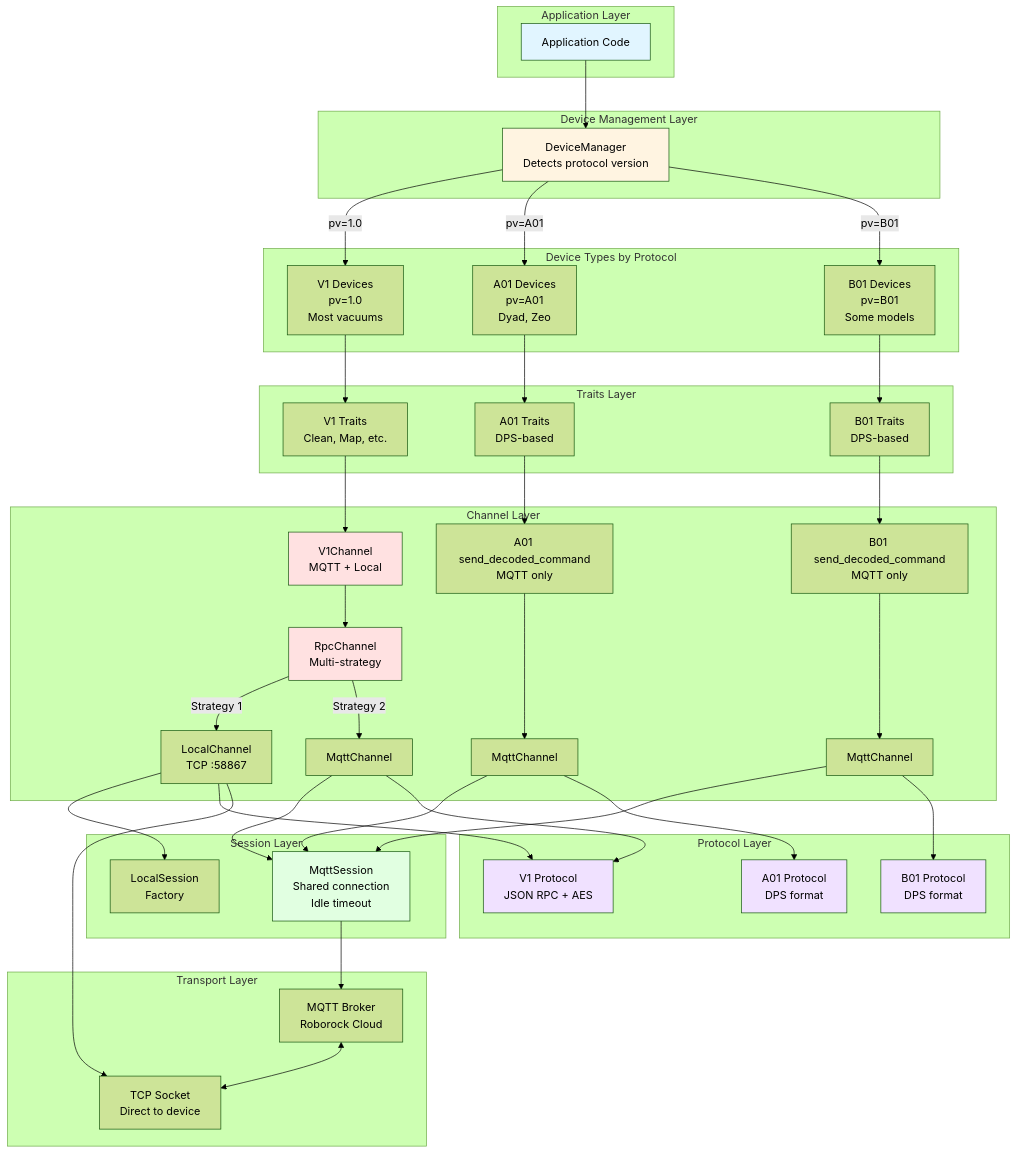
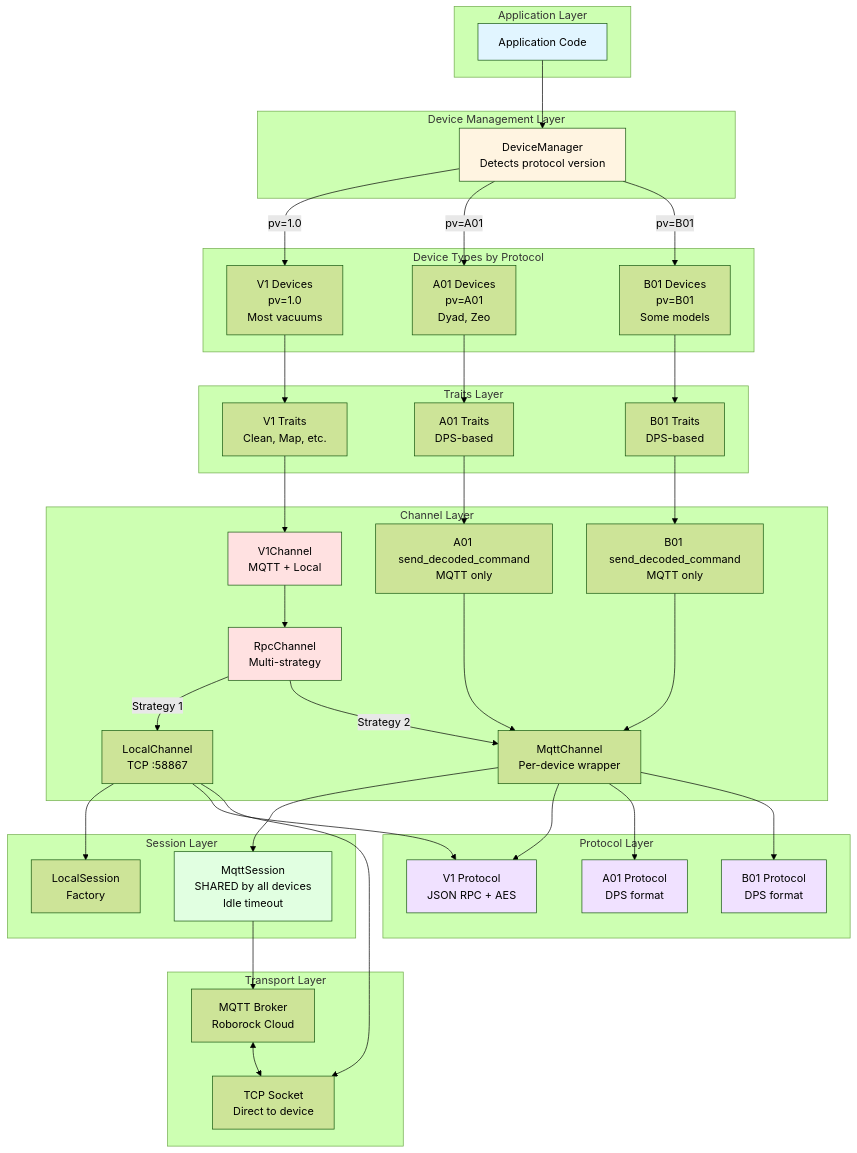
The first of 5 diagrams in roborock/devices/README.md (Python-roborock/python-roborock), drawn with Mermaid (forest theme) before and after one commit. The commit also changed other lines of this file, not shown here.

Commit message:
chore: Document combined mqtt channels

```diff
--- a/roborock/devices/README.md
+++ b/roborock/devices/README.md
@@ -35,14 +49,12 @@
         A01C[A01 send_decoded_command<br/>MQTT only]
         B01C[B01 send_decoded_command<br/>MQTT only]
         RPC[RpcChannel<br/>Multi-strategy]
-        MC1[MqttChannel]
-        MC2[MqttChannel]
-        MC3[MqttChannel]
+        MC[MqttChannel<br/>Per-device wrapper]
         LC[LocalChannel<br/>TCP :58867]
     end
 
     subgraph "Session Layer"
-        MS[MqttSession<br/>Shared connection<br/>Idle timeout]
+        MS[MqttSession<br/>SHARED by all devices<br/>Idle timeout]
         LS[LocalSession<br/>Factory]
     end
 
@@ -72,18 +84,16 @@
     
     V1C --> RPC
     RPC -->|Strategy 1| LC
-    RPC -->|Strategy 2| MC1
-    A01C --> MC2
-    B01C --> MC3
+    RPC -->|Strategy 2| MC
+    A01C --> MC
+    B01C --> MC
     
-    MC1 --> MS
-    MC2 --> MS
-    MC3 --> MS
+    MC --> MS
     LC --> LS
     
-    MC1 --> V1P
-    MC2 --> A01P
-    MC3 --> B01P
+    MC --> V1P
+    MC --> A01P
+    MC --> B01P
     LC --> V1P
     
     MS --> MQTT
```
